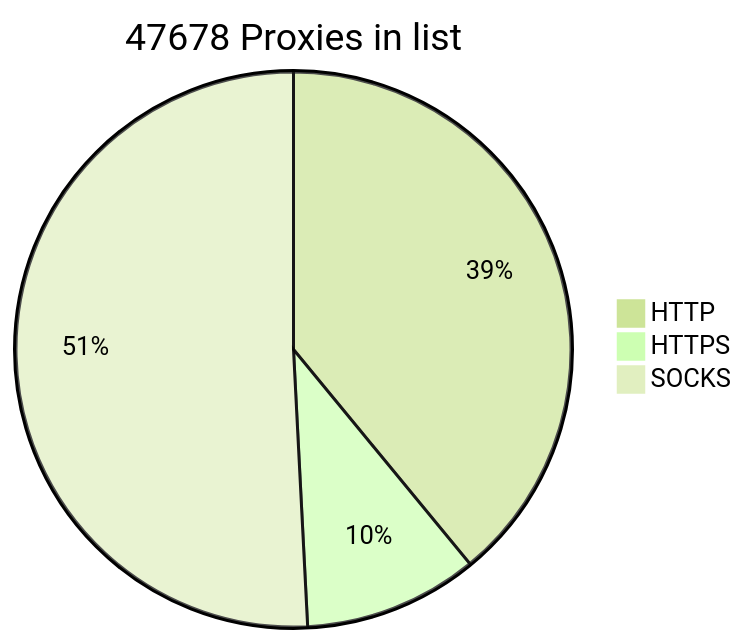
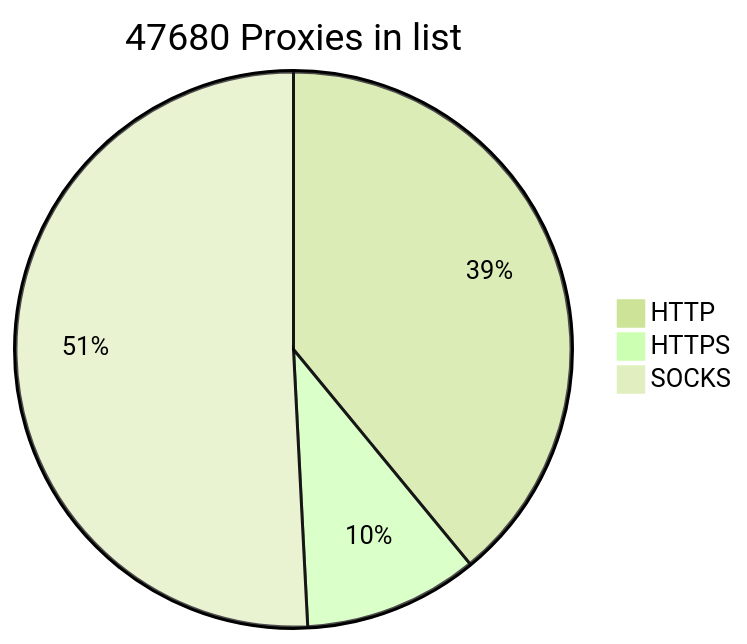
The diagram in README.md (BlackSnowDot/proxylist-update-every-minute), drawn with Mermaid (forest theme) before and after one commit.

````diff
--- a/README.md
+++ b/README.md
@@ -2,6 +2,6 @@
 ```mermaid
-pie title 47678 Proxies in list
+pie title 47680 Proxies in list
     "HTTP" : 20431
     "HTTPS": 5311
-    "SOCKS" : 26593
+    "SOCKS" : 26597
 ```
````
